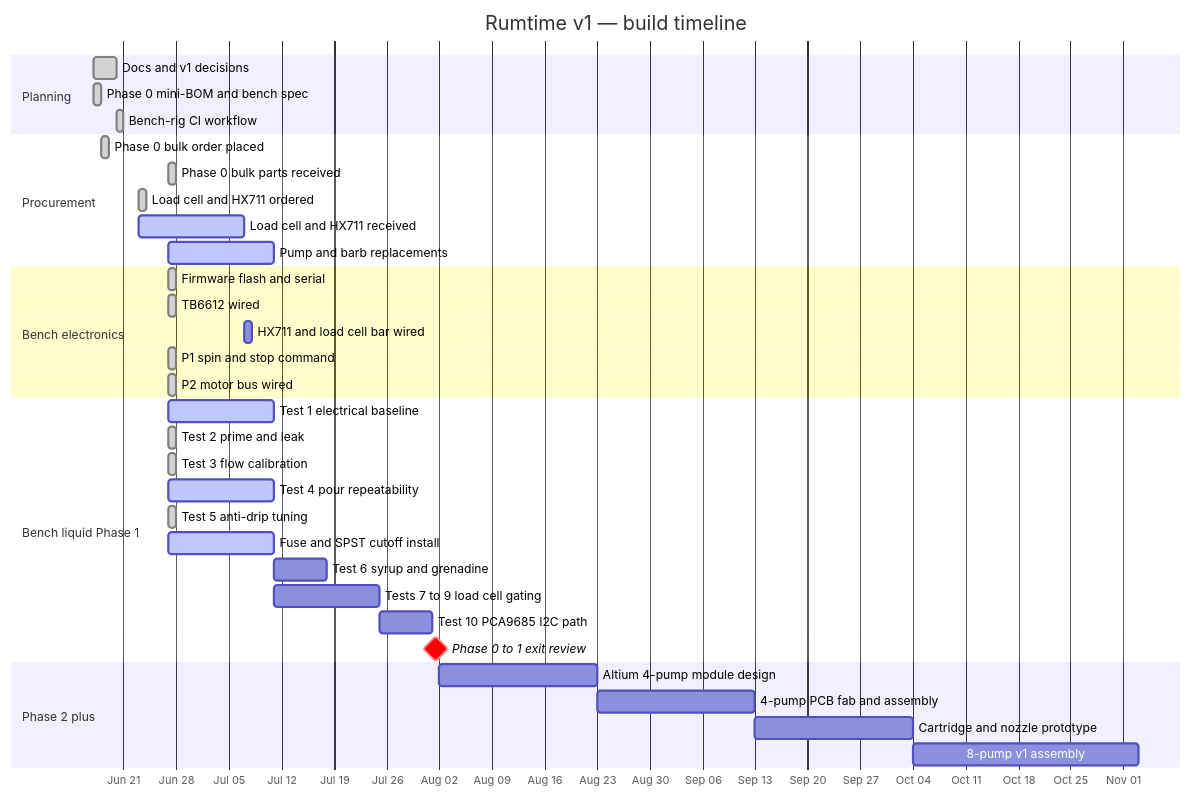
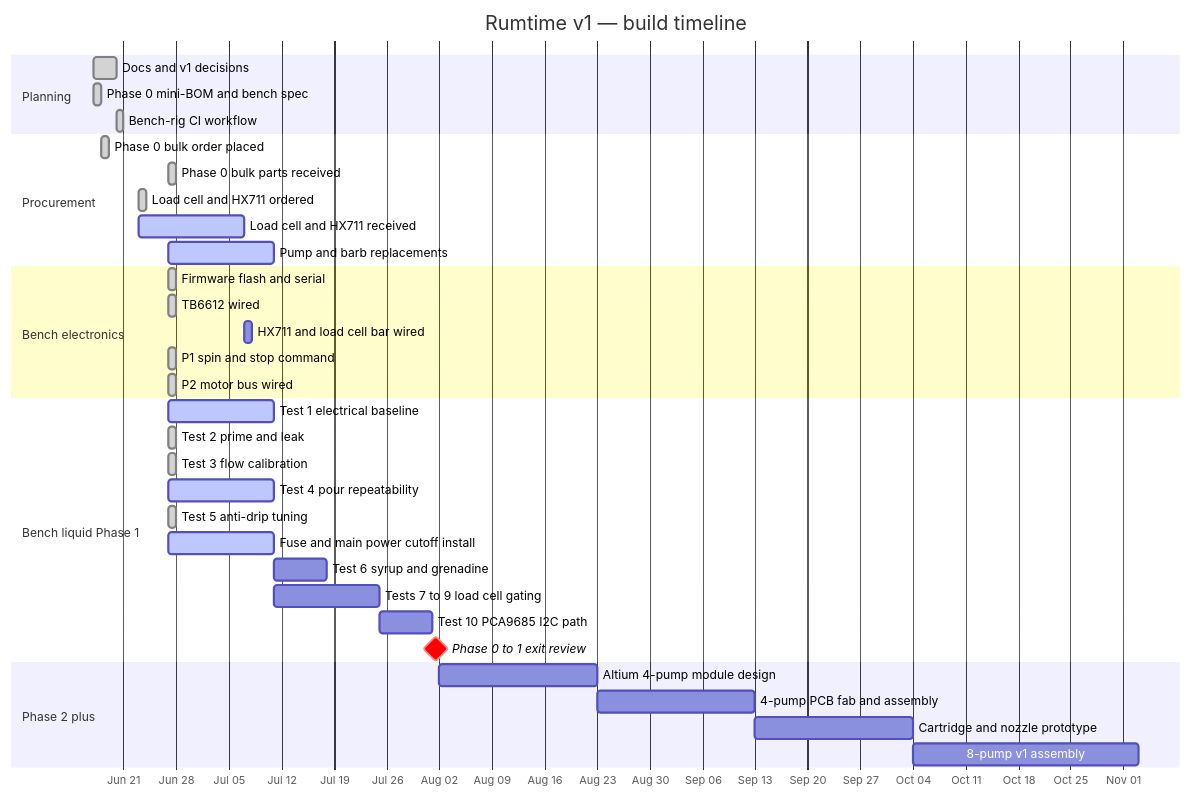
The diagram in docs/15-project-timeline.md (cjlawson02/Rumtime), drawn with Mermaid before and after one commit. The commit also changed other lines of this file and 65 other files, not shown here.

````diff
--- a/docs/15-project-timeline.md
+++ b/docs/15-project-timeline.md
@@ -11,43 +11,43 @@
 ```mermaid
 gantt
     title Rumtime v1 — build timeline
     dateFormat YYYY-MM-DD
     axisFormat %b %d
 
     section Planning
     Docs and v1 decisions           :done, plan, 2026-06-17, 3d
     Phase 0 mini-BOM and bench spec :done, bom, 2026-06-17, 1d
     Bench-rig CI workflow           :done, ci, 2026-06-20, 1d
 
     section Procurement
     Phase 0 bulk order placed      :done, po, 2026-06-18, 1d
     Phase 0 bulk parts received    :done, recv, 2026-06-27, 1d
     Load cell and HX711 ordered     :done, lc_po, 2026-06-23, 1d
     Load cell and HX711 received    :active, lc_recv, 2026-06-23, 14d
     Pump and barb replacements     :active, returns, 2026-06-27, 14d
 
     section Bench electronics
     Firmware flash and serial       :done, fw, 2026-06-27, 1d
     TB6612 wired                    :done, wire, 2026-06-27, 1d
     HX711 and load cell bar wired   :lc_wire, after lc_recv, 1d
     P1 spin and stop command        :done, p1e, 2026-06-27, 1d
     P2 motor bus wired              :done, p2e, 2026-06-27, 1d
 
     section Bench liquid Phase 1
     Test 1 electrical baseline      :active, t1, 2026-06-27, 14d
     Test 2 prime and leak           :done, t2, 2026-06-27, 1d
     Test 3 flow calibration         :done, t3, 2026-06-27, 1d
     Test 4 pour repeatability       :active, t4, 2026-06-27, 14d
     Test 5 anti-drip tuning         :done, t5, 2026-06-27, 1d
-    Fuse and SPST cutoff install    :active, safe, 2026-06-27, 14d
+    Fuse and main power cutoff install    :active, safe, 2026-06-27, 14d
     Test 6 syrup and grenadine      :t6, 2026-07-11, 7d
     Tests 7 to 9 load cell gating   :t79, 2026-07-11, 14d
     Test 10 PCA9685 I2C path        :t10, 2026-07-25, 7d
     Phase 0 to 1 exit review        :milestone, crit, p01exit, 2026-08-01, 1d
 
     section Phase 2 plus
     Altium 4-pump module design     :p2des, after p01exit, 21d
     4-pump PCB fab and assembly     :p2fab, after p2des, 21d
     Cartridge and nozzle prototype  :p3, after p2fab, 21d
     8-pump v1 assembly              :p4, after p3, 30d
 ```
````
